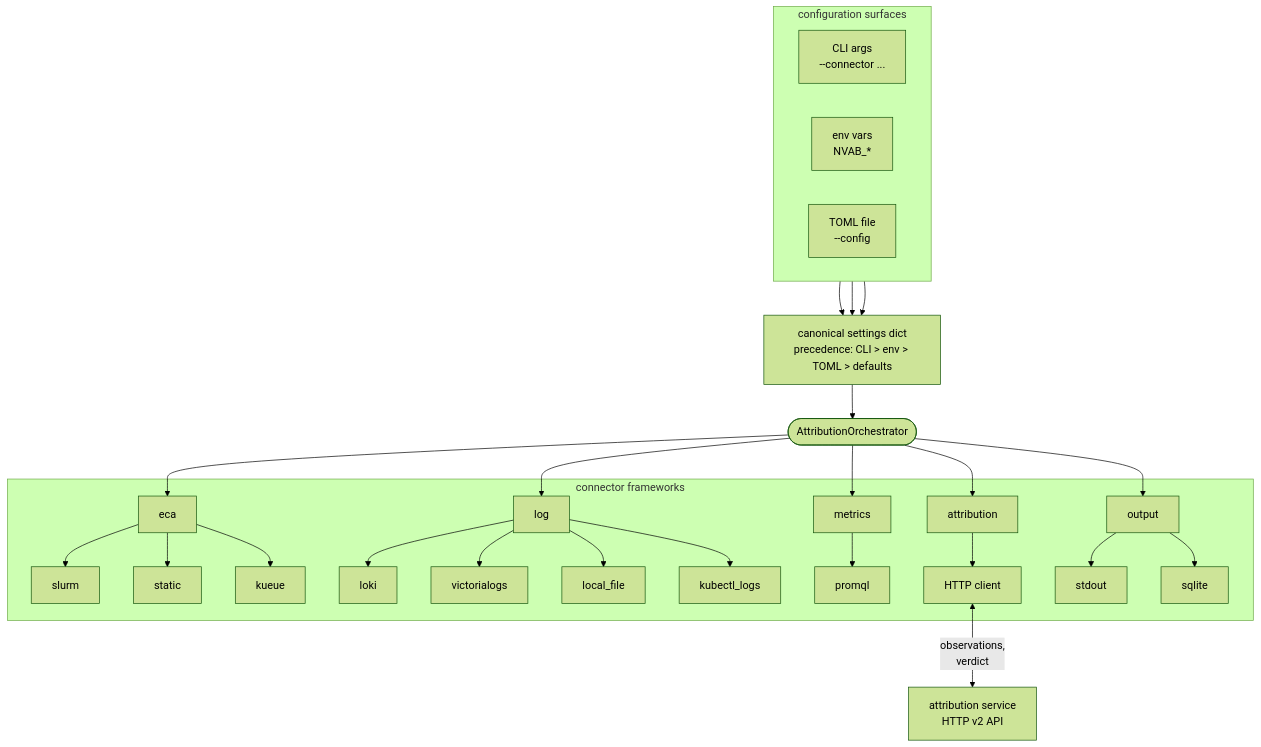
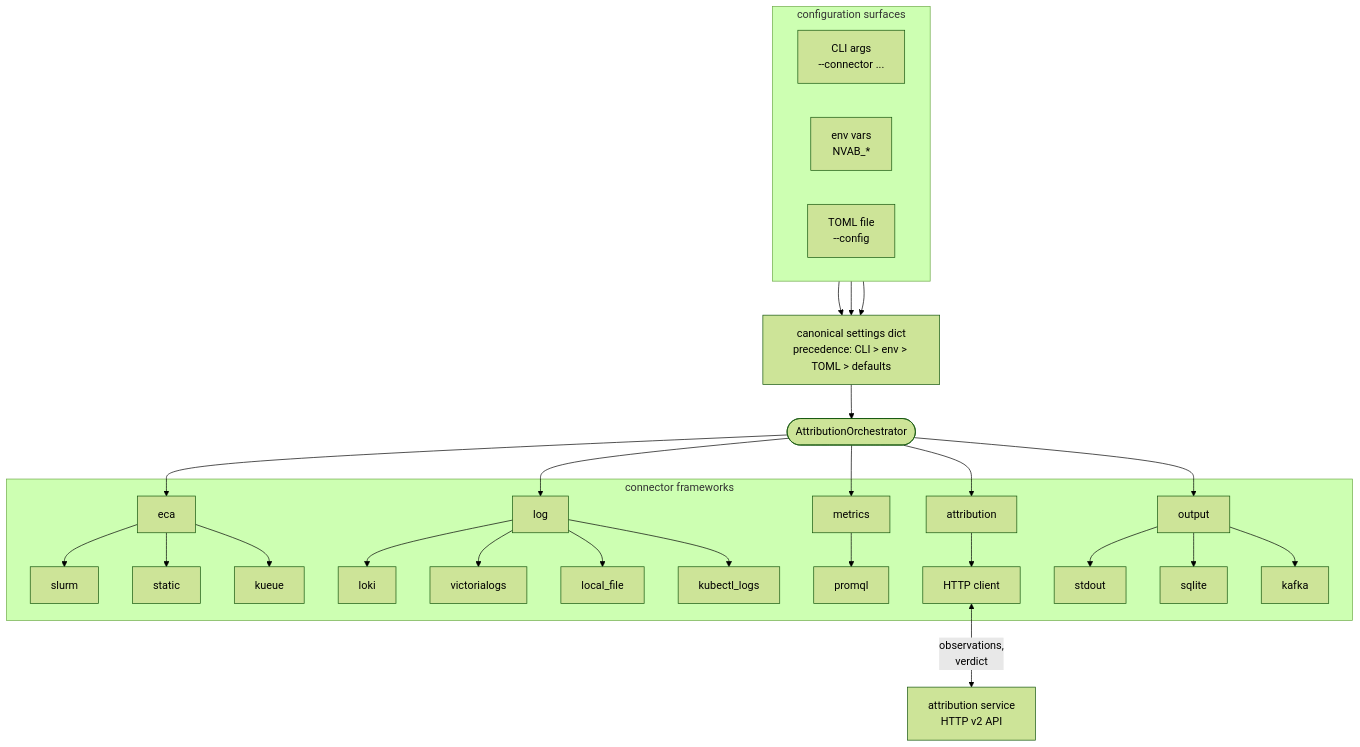
The diagram in docs/ARCHITECTURE.md (dsx-ai-factory/attribution), drawn with Mermaid (forest theme) before and after one commit. The commit also changed other lines of this file and 12 other files, not shown here.

````diff
--- a/docs/ARCHITECTURE.md
+++ b/docs/ARCHITECTURE.md
@@ -14,60 +14,62 @@
 ```mermaid
 flowchart TD
     subgraph cfg["configuration surfaces"]
         direction LR
         CLI[CLI args<br/>--connector ...]
         ENV[env vars<br/>NVAB_*]
         TOML[TOML file<br/>--config]
     end
 
     Settings[canonical settings dict<br/>precedence: CLI > env > TOML > defaults]
 
     Orch([AttributionOrchestrator])
 
     subgraph fw["connector frameworks"]
         ECA[eca]
         ECASlurm[slurm]
         ECAStatic[static]
         ECAKueue[kueue]
         ECA --> ECASlurm
         ECA --> ECAStatic
         ECA --> ECAKueue
 
         Log[log]
         LogLoki[loki]
         LogVictoriaLogs[victorialogs]
         LogLocal[local_file]
         LogKubectl[kubectl_logs]
         Log --> LogLoki
         Log --> LogVictoriaLogs
         Log --> LogLocal
         Log --> LogKubectl
 
         Met[metrics]
         MetProm[promql]
         Met --> MetProm
 
         Attr[attribution]
         AttrHTTP[HTTP client]
         Attr --> AttrHTTP
 
         Out[output]
         OutStdout[stdout]
         OutSqlite[sqlite]
+        OutKafka[kafka]
         Out --> OutStdout
         Out --> OutSqlite
+        Out --> OutKafka
     end
 
     Service[attribution service<br/>HTTP v2 API]
 
     CLI --> Settings
     ENV --> Settings
     TOML --> Settings
     Settings --> Orch
     Orch --> ECA
     Orch --> Log
     Orch --> Met
     Orch --> Attr
     Orch --> Out
     AttrHTTP <-->|observations,<br/>verdict| Service
 ```
````
